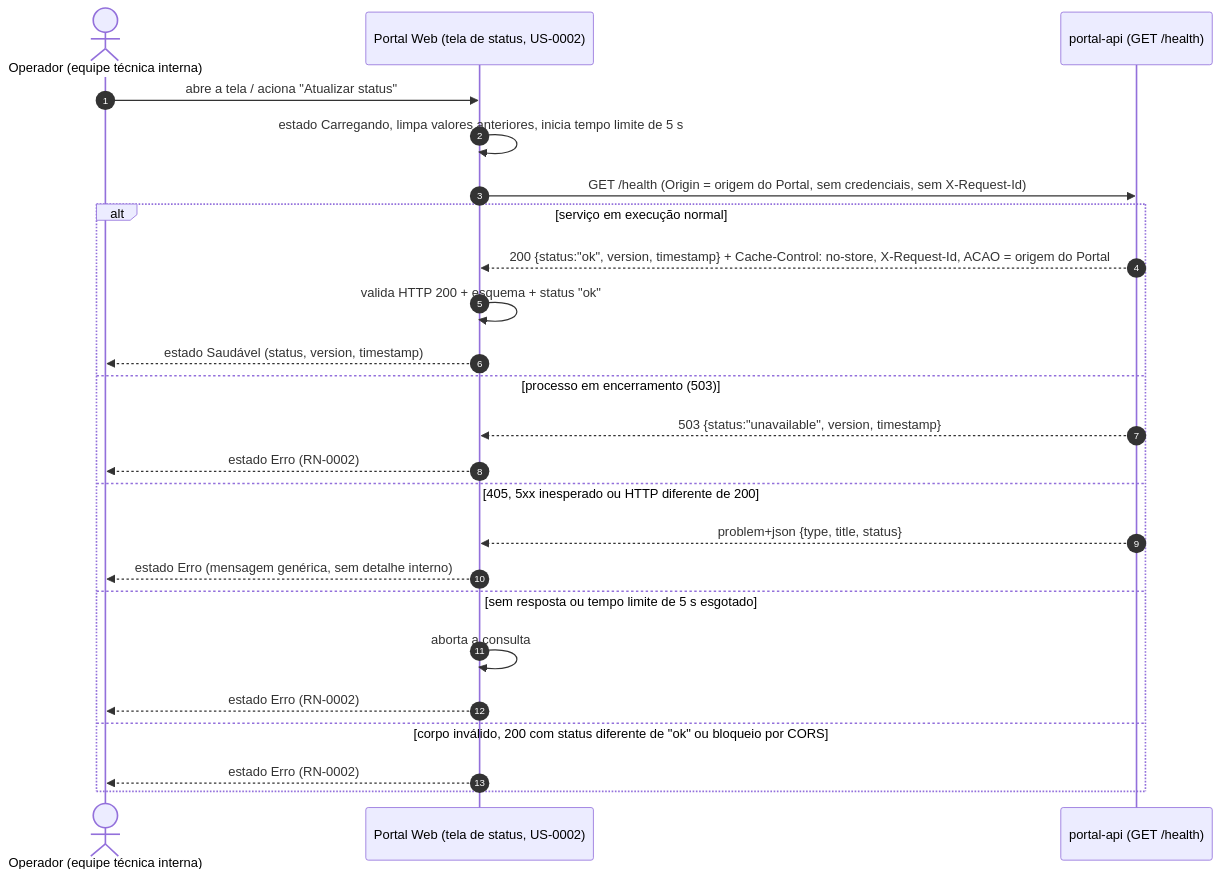
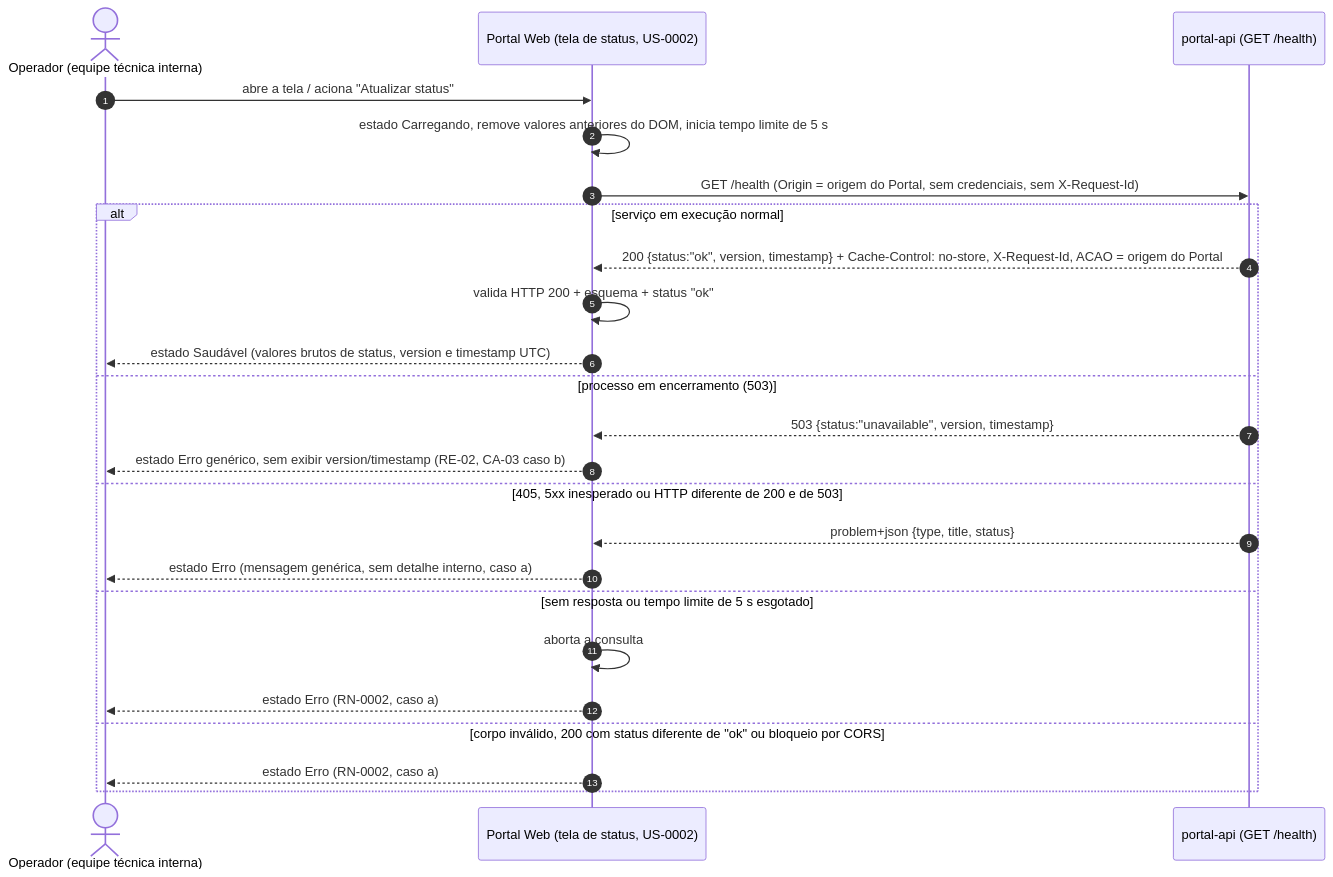
The diagram in 02-tecnica/especificacoes/ET-0001-health-check-portal-api.md (tthiagoalvesmelo-hub/stack-conhecimento), drawn with Mermaid before and after one commit. The commit also changed other lines of this file and 1 other file, not shown here.

````diff
--- a/02-tecnica/especificacoes/ET-0001-health-check-portal-api.md
+++ b/02-tecnica/especificacoes/ET-0001-health-check-portal-api.md
@@ -99,26 +104,26 @@
 ```mermaid
 sequenceDiagram
     autonumber
     actor Op as Operador (equipe técnica interna)
     participant P as Portal Web (tela de status, US-0002)
     participant A as portal-api (GET /health)
     Op->>P: abre a tela / aciona "Atualizar status"
-    P->>P: estado Carregando, limpa valores anteriores, inicia tempo limite de 5 s
+    P->>P: estado Carregando, remove valores anteriores do DOM, inicia tempo limite de 5 s
     P->>A: GET /health (Origin = origem do Portal, sem credenciais, sem X-Request-Id)
     alt serviço em execução normal
         A-->>P: 200 {status:"ok", version, timestamp} + Cache-Control: no-store, X-Request-Id, ACAO = origem do Portal
         P->>P: valida HTTP 200 + esquema + status "ok"
-        P-->>Op: estado Saudável (status, version, timestamp)
+        P-->>Op: estado Saudável (valores brutos de status, version e timestamp UTC)
     else processo em encerramento (503)
         A-->>P: 503 {status:"unavailable", version, timestamp}
-        P-->>Op: estado Erro (RN-0002)
-    else 405, 5xx inesperado ou HTTP diferente de 200
+        P-->>Op: estado Erro genérico, sem exibir version/timestamp (RE-02, CA-03 caso b)
+    else 405, 5xx inesperado ou HTTP diferente de 200 e de 503
         A-->>P: problem+json {type, title, status}
-        P-->>Op: estado Erro (mensagem genérica, sem detalhe interno)
+        P-->>Op: estado Erro (mensagem genérica, sem detalhe interno, caso a)
     else sem resposta ou tempo limite de 5 s esgotado
         P->>P: aborta a consulta
-        P-->>Op: estado Erro (RN-0002)
+        P-->>Op: estado Erro (RN-0002, caso a)
     else corpo inválido, 200 com status diferente de "ok" ou bloqueio por CORS
-        P-->>Op: estado Erro (RN-0002)
+        P-->>Op: estado Erro (RN-0002, caso a)
     end
 ```
````
